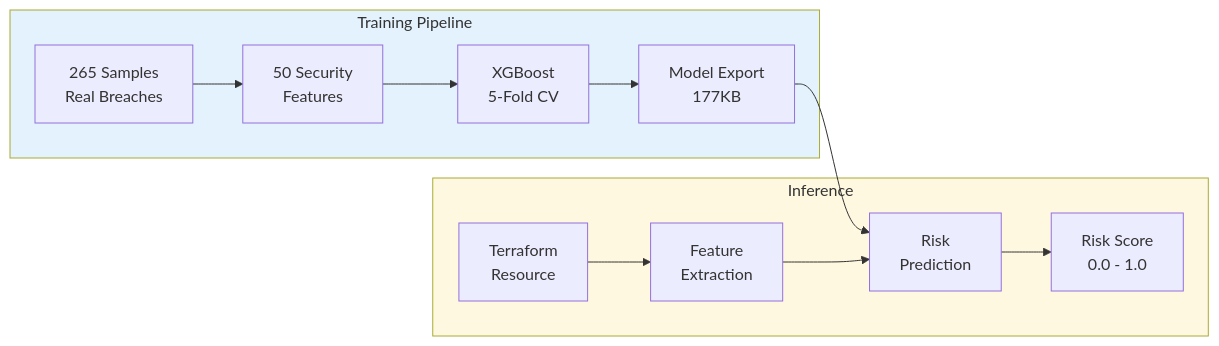
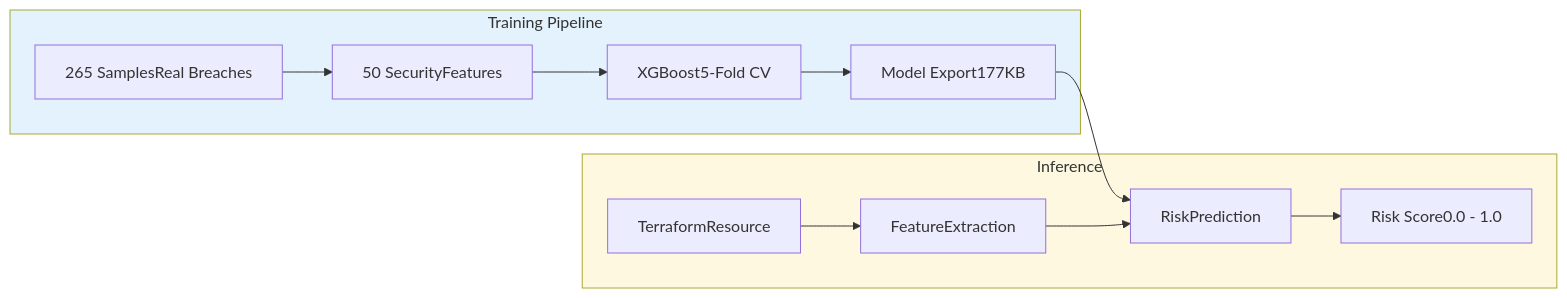
One commit to JashwanthMU/TerraSecure changed the second of 2 diagrams in README.md. Above: the diagram before and after it, drawn with Mermaid. The commit also changed other lines of this file, not shown here.

Commit message:
Refactor ML Pipeline section in README.md
Updated formatting and improved clarity in the ML Pipeline section of the README.

````diff
--- a/README.md
+++ b/README.md
@@ -234,27 +235,28 @@
 ```mermaid
 flowchart LR
-    subgraph Training["Training Pipeline"]
-        DATA[265 Samples<br/>Real Breaches]
-        FEATURES[50 Security<br/>Features]
-        MODEL[XGBoost<br/>5-Fold CV]
-        EXPORT[Model Export<br/>177KB]
-  
+    subgraph Training[" Training Pipeline"]
+        DATA[265 SamplesReal Breaches]
+        FEATURES[50 SecurityFeatures]
+        MODEL[XGBoost5-Fold CV]
+        EXPORT[Model Export177KB]
+        
         DATA --> FEATURES
         FEATURES --> MODEL
         MODEL --> EXPORT
     end
-  
-    subgraph Inference["Inference"]
-        RESOURCE[Terraform<br/>Resource]
-        EXTRACT[Feature<br/>Extraction]
-        PREDICT[Risk<br/>Prediction]
-        SCORE[Risk Score<br/>0.0 - 1.0]
+
+    subgraph Inference[" Inference"]
+        RESOURCE[TerraformResource]
+        EXTRACT[FeatureExtraction]
+        PREDICT[RiskPrediction]
+        SCORE[Risk Score0.0 - 1.0]
+        
         RESOURCE --> EXTRACT
         EXPORT --> PREDICT
         EXTRACT --> PREDICT
         PREDICT --> SCORE
     end
-  
+
     style Training fill:#e3f2fd
     style Inference fill:#fff8e1
 ```
````
